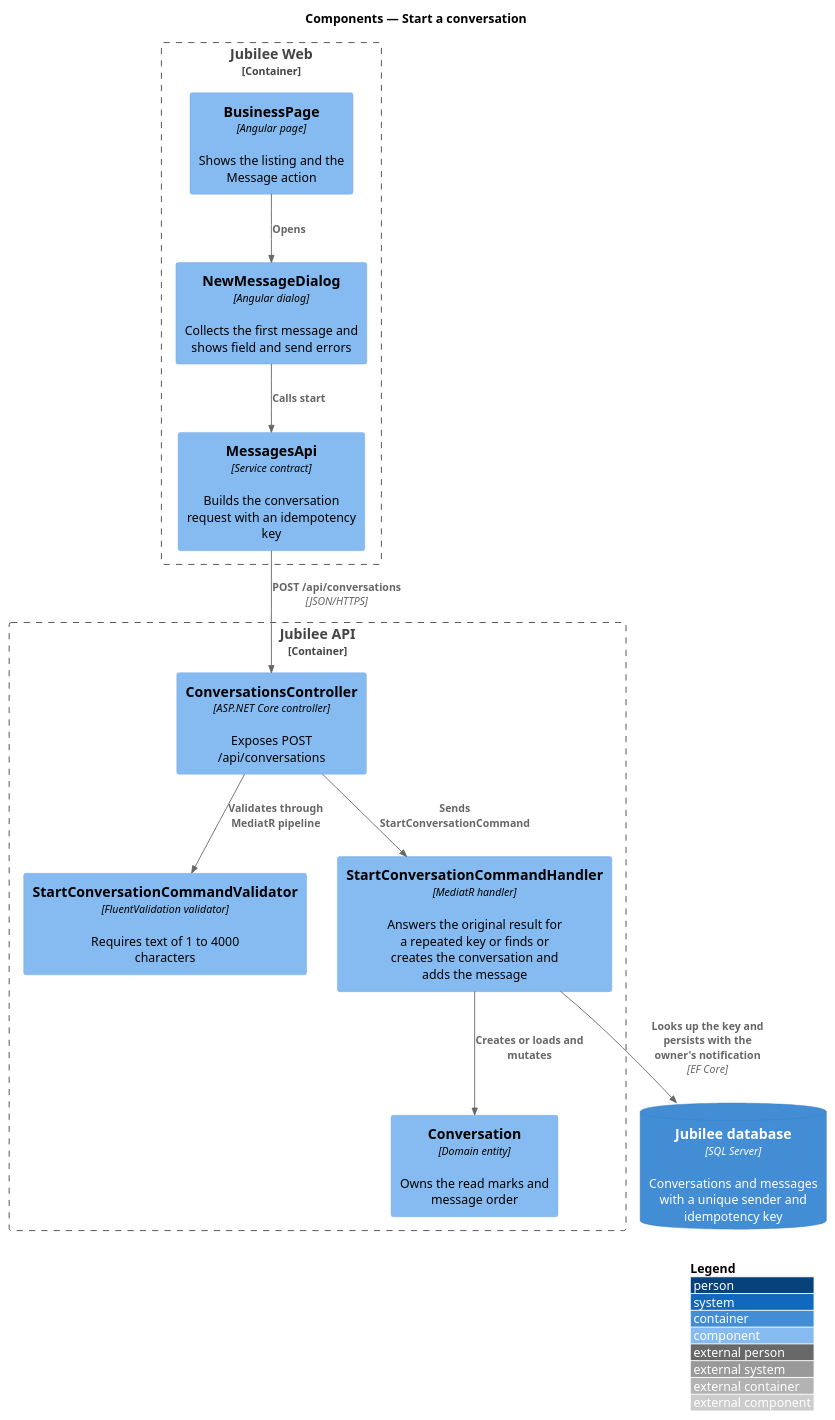
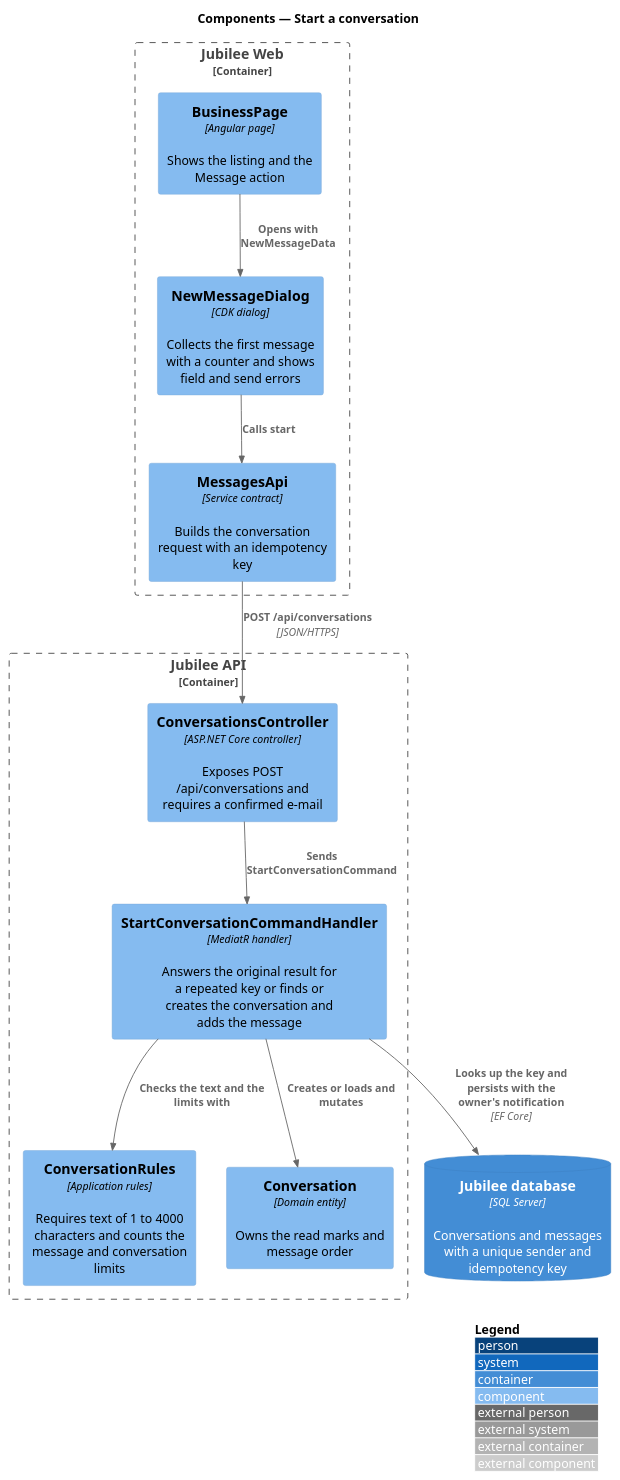
Before and after one commit to QuinntyneBrown/jubilee: the diagram in docs/detailed-designs/messaging/start-conversation/diagrams/c4-component.puml, drawn with PlantUML. The commit also changed 62 other files, not shown here.

```diff
--- a/docs/detailed-designs/messaging/start-conversation/diagrams/c4-component.puml
+++ b/docs/detailed-designs/messaging/start-conversation/diagrams/c4-component.puml
@@ -1,26 +1,26 @@
 @startuml
 !include <C4/C4_Component>
 LAYOUT_WITH_LEGEND()
 title Components — Start a conversation
 
 Container_Boundary(web, "Jubilee Web") {
   Component(page, "BusinessPage", "Angular page", "Shows the listing and the Message action")
-  Component(dialog, "NewMessageDialog", "Angular dialog", "Collects the first message and shows field and send errors")
+  Component(dialog, "NewMessageDialog", "CDK dialog", "Collects the first message with a counter and shows field and send errors")
   Component(client, "MessagesApi", "Service contract", "Builds the conversation request with an idempotency key")
 }
 Container_Boundary(api, "Jubilee API") {
-  Component(ctrl, "ConversationsController", "ASP.NET Core controller", "Exposes POST /api/conversations")
-  Component(validator, "StartConversationCommandValidator", "FluentValidation validator", "Requires text of 1 to 4000 characters")
+  Component(ctrl, "ConversationsController", "ASP.NET Core controller", "Exposes POST /api/conversations and requires a confirmed e-mail")
   Component(handler, "StartConversationCommandHandler", "MediatR handler", "Answers the original result for a repeated key or finds or creates the conversation and adds the message")
+  Component(rules, "ConversationRules", "Application rules", "Requires text of 1 to 4000 characters and counts the message and conversation limits")
   Component(conv, "Conversation", "Domain entity", "Owns the read marks and message order")
 }
 ContainerDb(db, "Jubilee database", "SQL Server", "Conversations and messages with a unique sender and idempotency key")
 
-Rel(page, dialog, "Opens")
+Rel(page, dialog, "Opens with NewMessageData")
 Rel(dialog, client, "Calls start")
 Rel(client, ctrl, "POST /api/conversations", "JSON/HTTPS")
-Rel(ctrl, validator, "Validates through MediatR pipeline")
 Rel(ctrl, handler, "Sends StartConversationCommand")
+Rel(handler, rules, "Checks the text and the limits with")
 Rel(handler, conv, "Creates or loads and mutates")
 Rel(handler, db, "Looks up the key and persists with the owner's notification", "EF Core")
 @enduml
```
